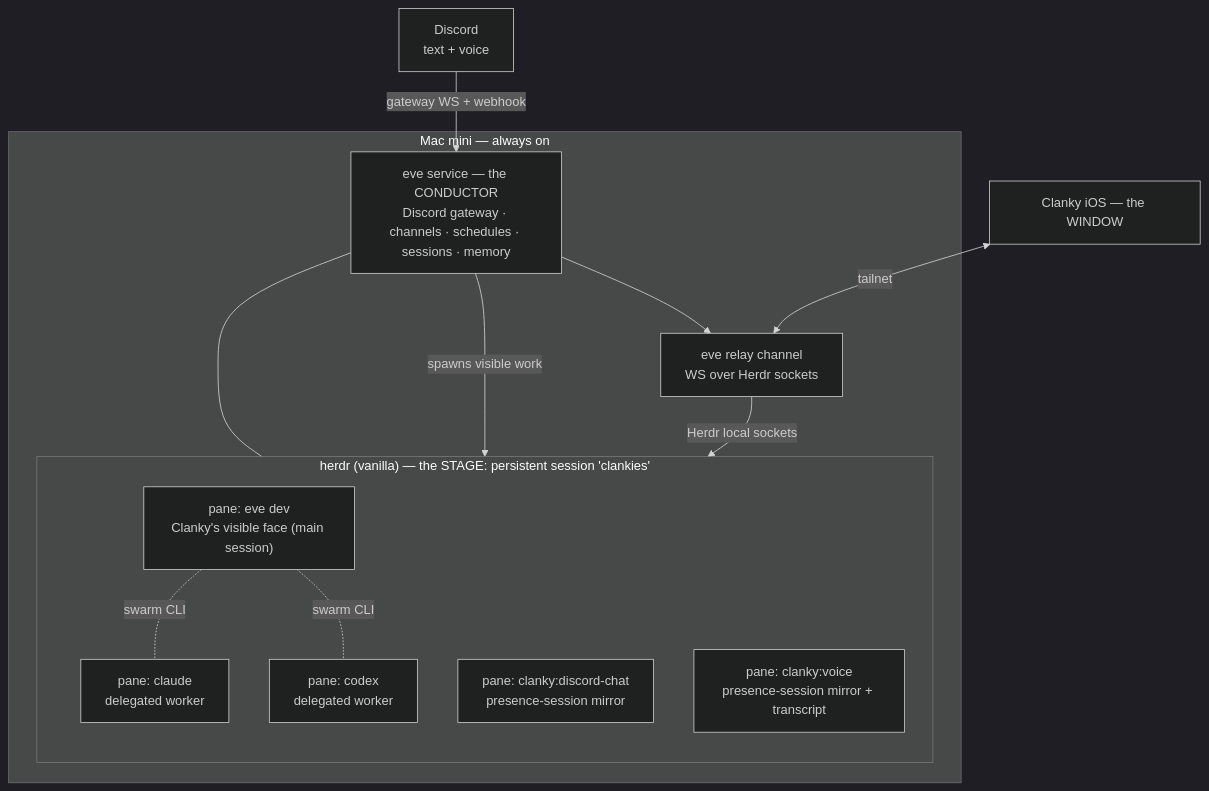
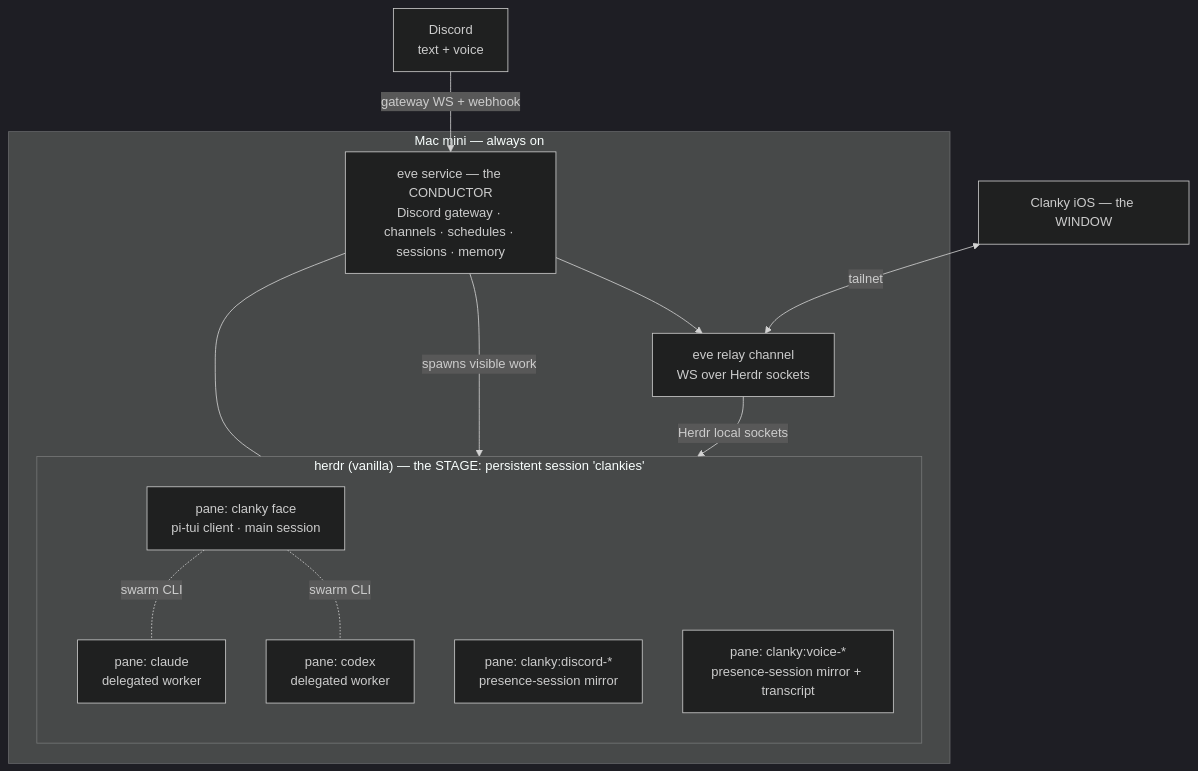
Before and after one commit to Volpestyle/clanky: the first of 3 diagrams in SPEC.md, drawn with Mermaid (dark theme). The commit also changed other lines of this file and 24 other files, not shown here.

````diff
--- a/SPEC.md
+++ b/SPEC.md
@@ -58,28 +59,28 @@
 ```mermaid
 flowchart TB
   subgraph mac["Mac mini — always on"]
     subgraph herdr["herdr (vanilla) — the STAGE: persistent session 'clankies'"]
       direction TB
-      face["pane: eve dev<br/>Clanky's visible face (main session)"]
-      disc["pane: clanky:discord-chat<br/>presence-session mirror"]
-      voice["pane: clanky:voice<br/>presence-session mirror + transcript"]
+      face["pane: clanky face<br/>pi-tui client · main session"]
+      disc["pane: clanky:discord-*<br/>presence-session mirror"]
+      voice["pane: clanky:voice-*<br/>presence-session mirror + transcript"]
       w1["pane: claude<br/>delegated worker"]
       w2["pane: codex<br/>delegated worker"]
     end
     eve["eve service — the CONDUCTOR<br/>Discord gateway · channels · schedules · sessions · memory"]
     relay["eve relay channel<br/>WS over Herdr sockets"]
   end
 
   phone["Clanky iOS — the WINDOW"]
   discord["Discord<br/>text + voice"]
 
   discord -->|gateway WS + webhook| eve
   eve -->|spawns visible work| herdr
   eve --- face
   eve --> relay
   relay -->|Herdr local sockets| herdr
   phone <-->|tailnet| relay
 
   face -. swarm CLI .- w1
   face -. swarm CLI .- w2
 ```
````
